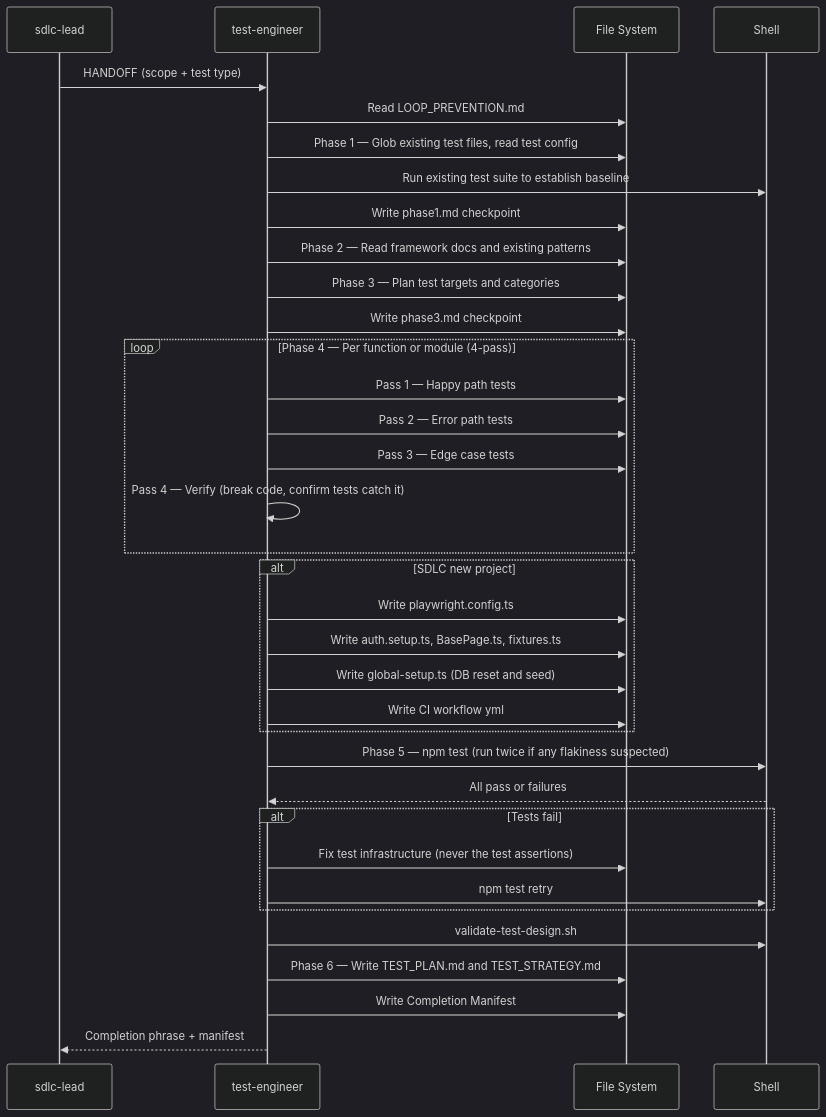
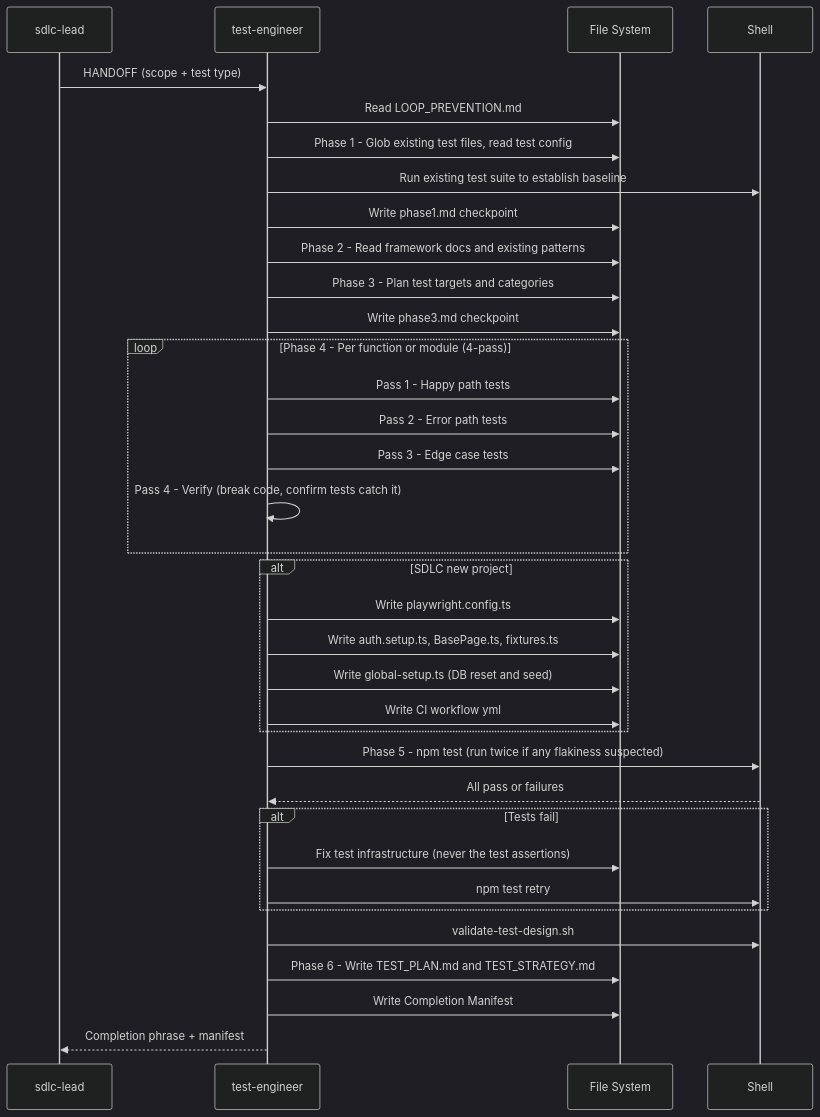
The diagram in docs/review/05-agents/08-test-engineer.md (bpmforge/attest), drawn with Mermaid (dark theme) before and after one commit. The commit also changed 28 other files, not shown here.

First line of the commit message:
docs: refresh all docs for v1.1-v1.6 + autofix mermaid in review book

````diff
--- a/docs/review/05-agents/08-test-engineer.md
+++ b/docs/review/05-agents/08-test-engineer.md
@@ -13,43 +13,43 @@
 ```mermaid
 sequenceDiagram
     participant LEAD as sdlc-lead
     participant TEST as test-engineer
     participant FS as File System
     participant SH as Shell
 
     LEAD->>TEST: HANDOFF (scope + test type)
     TEST->>FS: Read LOOP_PREVENTION.md
-    TEST->>FS: Phase 1 — Glob existing test files, read test config
+    TEST->>FS: Phase 1 - Glob existing test files, read test config
     TEST->>SH: Run existing test suite to establish baseline
     TEST->>FS: Write phase1.md checkpoint
 
-    TEST->>FS: Phase 2 — Read framework docs and existing patterns
-    TEST->>FS: Phase 3 — Plan test targets and categories
+    TEST->>FS: Phase 2 - Read framework docs and existing patterns
+    TEST->>FS: Phase 3 - Plan test targets and categories
     TEST->>FS: Write phase3.md checkpoint
 
-    loop Phase 4 — Per function or module (4-pass)
-        TEST->>FS: Pass 1 — Happy path tests
-        TEST->>FS: Pass 2 — Error path tests
-        TEST->>FS: Pass 3 — Edge case tests
-        TEST->>TEST: Pass 4 — Verify (break code, confirm tests catch it)
+    loop Phase 4 - Per function or module (4-pass)
+        TEST->>FS: Pass 1 - Happy path tests
+        TEST->>FS: Pass 2 - Error path tests
+        TEST->>FS: Pass 3 - Edge case tests
+        TEST->>TEST: Pass 4 - Verify (break code, confirm tests catch it)
     end
 
     alt SDLC new project
         TEST->>FS: Write playwright.config.ts
         TEST->>FS: Write auth.setup.ts, BasePage.ts, fixtures.ts
         TEST->>FS: Write global-setup.ts (DB reset and seed)
         TEST->>FS: Write CI workflow yml
     end
 
-    TEST->>SH: Phase 5 — npm test (run twice if any flakiness suspected)
+    TEST->>SH: Phase 5 - npm test (run twice if any flakiness suspected)
     SH-->>TEST: All pass or failures
     alt Tests fail
         TEST->>FS: Fix test infrastructure (never the test assertions)
         TEST->>SH: npm test retry
     end
 
     TEST->>SH: validate-test-design.sh
-    TEST->>FS: Phase 6 — Write TEST_PLAN.md and TEST_STRATEGY.md
+    TEST->>FS: Phase 6 - Write TEST_PLAN.md and TEST_STRATEGY.md
     TEST->>FS: Write Completion Manifest
     TEST-->>LEAD: Completion phrase + manifest
 ```
````
